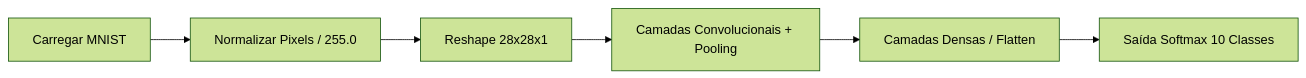
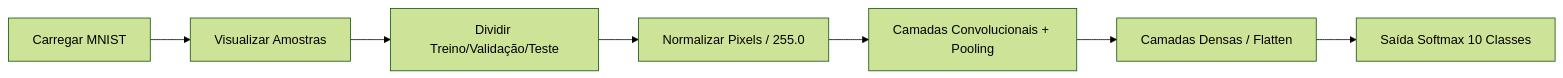
The diagram in README.md (GersonESantos/CienciaDeDadosEmPython), drawn with Mermaid (forest theme) before and after one commit. The commit also changed other lines of this file and 2 other files, not shown here.

````diff
--- a/README.md
+++ b/README.md
@@ -125,8 +165,9 @@
 ```mermaid
 flowchart LR
-    A[Carregar MNIST] --> B[Normalizar Pixels / 255.0]
-    B --> C[Reshape 28x28x1]
-    C --> D[Camadas Convolucionais + Pooling]
-    D --> E[Camadas Densas / Flatten]
-    E --> F[Saída Softmax 10 Classes]
+    A[Carregar MNIST] --> B[Visualizar Amostras]
+    B --> C[Dividir Treino/Validação/Teste]
+    C --> D[Normalizar Pixels / 255.0]
+    D --> E[Camadas Convolucionais + Pooling]
+    E --> F[Camadas Densas / Flatten]
+    F --> G[Saída Softmax 10 Classes]
 ```
````
